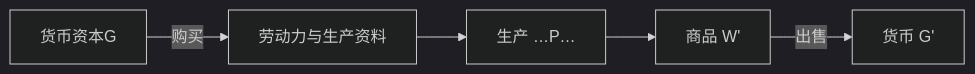
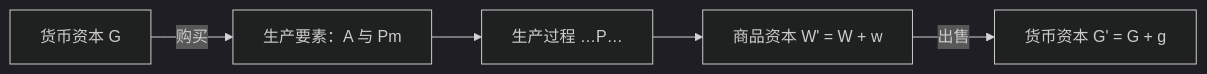
One commit to zeroDtree/zeroDtree.github.io changed the first of 3 diagrams in content/故事/资本论-第二卷/资本形态变化及其循环.md. Above: the diagram before and after it, drawn with Mermaid (dark theme). The commit also changed other lines of this file and 8 other files, not shown here.

````diff
--- a/content/故事/资本论-第二卷/资本形态变化及其循环.md
+++ b/content/故事/资本论-第二卷/资本形态变化及其循环.md
@@ -33,7 +36,7 @@
 ```mermaid
 flowchart LR
- G[货币资本G] -->|购买| W["劳动力与生产资料"]
- W --> P["生产 …P…"]
- P --> Wp["商品 W'"]
- Wp -->|出售| Gp["货币 G'"]
+    G["货币资本 G"] -->|购买| W["生产要素：A 与 Pm"]
+    W --> P["生产过程 …P…"]
+    P --> Wp["商品资本 W' = W + w"]
+    Wp -->|出售| Gp["货币资本 G' = G + g"]
 ```
````
